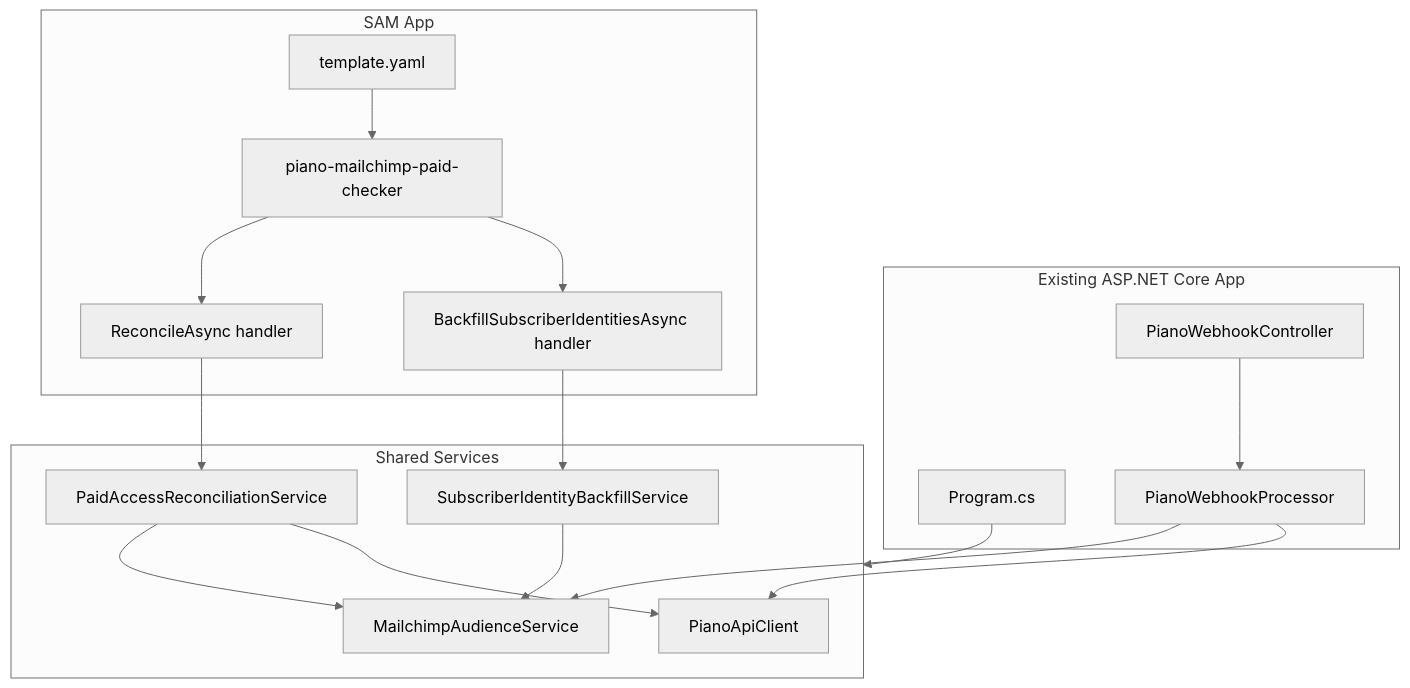
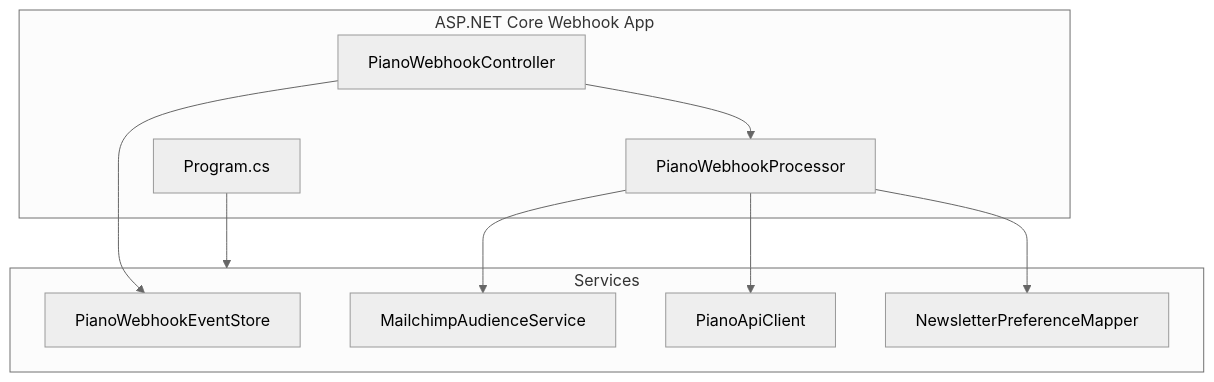
The third of 3 diagrams in ARCHITECTURE.md (Foresight-News/piano-mailchimp-webhook), drawn with Mermaid (neutral theme) before and after one commit. The commit also changed other lines of this file and 32 other files, not shown here.

First line of the commit message:
Remove paid access reconciliation and subscriber identity backfill applications

````diff
--- a/ARCHITECTURE.md
+++ b/ARCHITECTURE.md
@@ -84,36 +41,22 @@
 ```mermaid
 flowchart TB
-    subgraph ExistingApp[Existing ASP.NET Core App]
+    subgraph WebhookApp[ASP.NET Core Webhook App]
         Program[Program.cs]
         Controller[PianoWebhookController]
         Processor[PianoWebhookProcessor]
     end
 
-    subgraph SharedServices[Shared Services]
+    subgraph Services[Services]
+        EventStore[PianoWebhookEventStore]
         MailchimpSvc[MailchimpAudienceService]
         PianoSvc[PianoApiClient]
-        ReconcileSvc[PaidAccessReconciliationService]
-        BackfillSvc[SubscriberIdentityBackfillService]
+        Mapper[NewsletterPreferenceMapper]
     end
 
-    subgraph SamApp[SAM App]
-        Template[template.yaml]
-        LambdaProject[piano-mailchimp-paid-checker]
-        ReconcileFn[ReconcileAsync handler]
-        BackfillFn[BackfillSubscriberIdentitiesAsync handler]
-    end
-
-    Program --> SharedServices
+    Program --> Services
+    Controller --> EventStore
     Controller --> Processor
     Processor --> MailchimpSvc
     Processor --> PianoSvc
-
-    Template --> LambdaProject
-    LambdaProject --> ReconcileFn
-    LambdaProject --> BackfillFn
-    ReconcileFn --> ReconcileSvc
-    BackfillFn --> BackfillSvc
-    ReconcileSvc --> MailchimpSvc
-    ReconcileSvc --> PianoSvc
-    BackfillSvc --> MailchimpSvc
+    Processor --> Mapper
 ```
````
